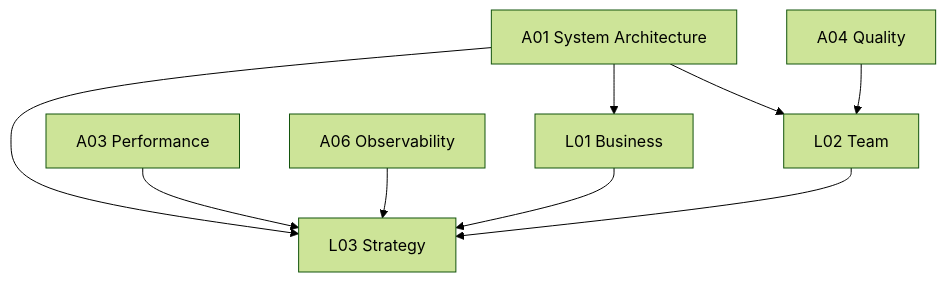
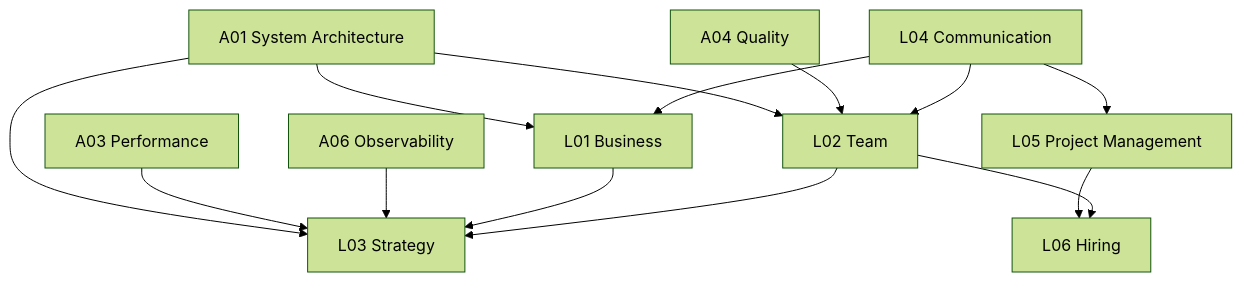
Before and after one commit to rendongping/jgs: the fifth of 5 diagrams in docs/learning-path/01-knowledge-dependency-map.md, drawn with Mermaid (forest theme). The commit also changed other lines of this file and 103 other files, not shown here.

````diff
--- a/docs/learning-path/01-knowledge-dependency-map.md
+++ b/docs/learning-path/01-knowledge-dependency-map.md
@@ -128,13 +149,18 @@
 ```mermaid
 graph TD
     A01[A01 System Architecture] --> L01[L01 Business]
     A01 --> L02[L02 Team]
     A01 --> L03[L03 Strategy]
 
     A03[A03 Performance] --> L03
     A04[A04 Quality] --> L02
     A06[A06 Observability] --> L03
 
     L01 --> L03
     L02 --> L03
+    L04[L04 Communication] --> L01
+    L04 --> L02
+    L04 --> L05[L05 Project Management]
+    L05 --> L06[L06 Hiring]
+    L02 --> L06
 ```
````
